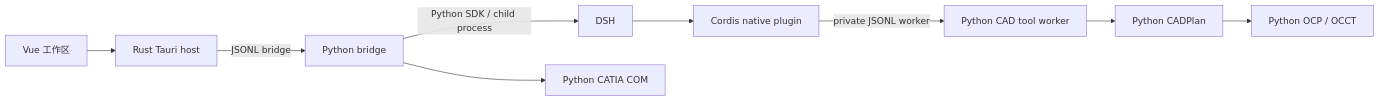
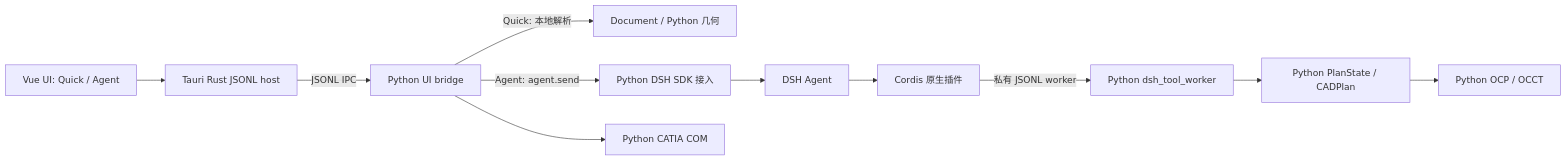
Before and after one commit to Industrial-Arcane-Society/form-recall: the diagram in docs/00-research/02-current-system-audit.md, drawn with Mermaid. The commit also changed other lines of this file and 6 other files, not shown here.

````diff
--- a/docs/00-research/02-current-system-audit.md
+++ b/docs/00-research/02-current-system-audit.md
@@ -19,11 +28,13 @@
 ```mermaid
 flowchart LR
-  V[Vue 工作区] --> R[Rust Tauri host]
-  R -->|JSONL bridge| P[Python bridge]
-  P -->|Python SDK / child process| D[DSH]
-  D --> C[Cordis native plugin]
-  C -->|private JSONL worker| W[Python CAD tool worker]
-  W --> CP[Python CADPlan]
-  CP --> O[Python OCP / OCCT]
-  P --> CA[Python CATIA COM]
+  UI[Vue UI: Quick / Agent] --> T[Tauri Rust JSONL host]
+  T -->|JSONL IPC| B[Python UI bridge]
+  B -->|Quick: 本地解析| Q[Document / Python 几何]
+  B -->|Agent: agent.send| DA[Python DSH SDK 接入]
+  DA --> D[DSH Agent]
+  D --> C[Cordis 原生插件]
+  C -->|私有 JSONL worker| W[Python dsh_tool_worker]
+  W --> S[Python PlanState / CADPlan]
+  S --> O[Python OCP / OCCT]
+  B --> CA[Python CATIA COM]
 ```
````
